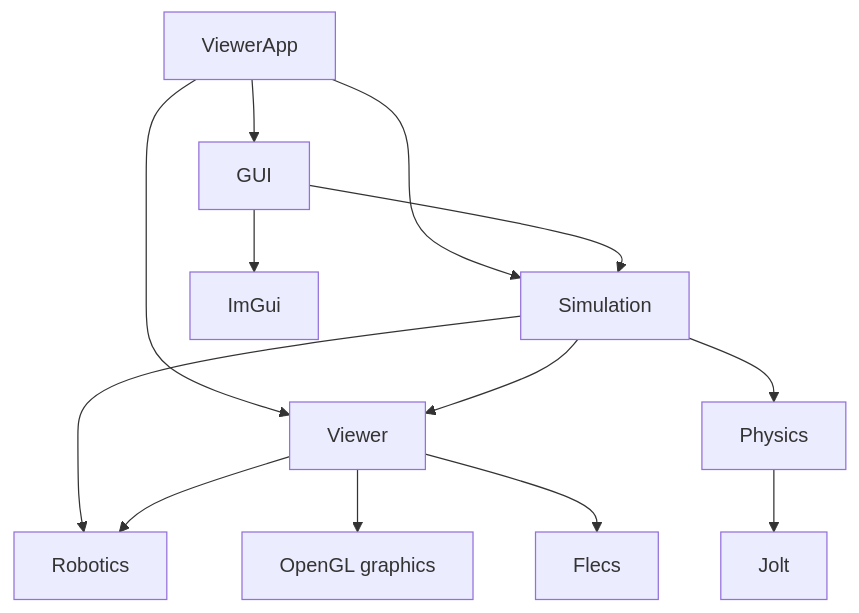
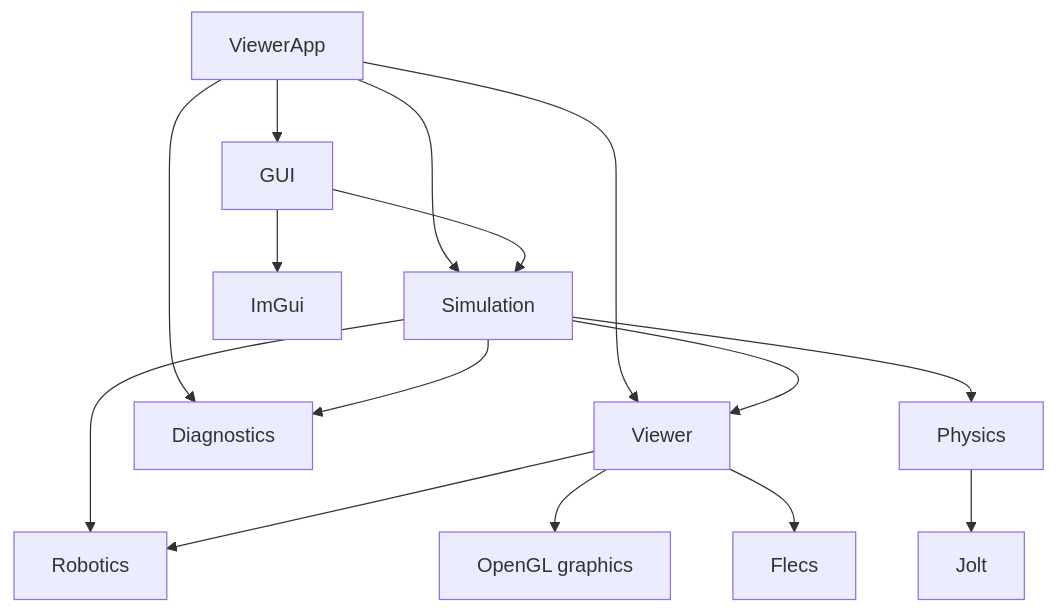
Before and after one commit to cgantro/GraspLink: the diagram in docs/ARCHITECTURE.md, drawn with Mermaid. The commit also changed other lines of this file and 10 other files, not shown here.

````diff
--- a/docs/ARCHITECTURE.md
+++ b/docs/ARCHITECTURE.md
@@ -16,15 +17,17 @@
 ```mermaid
 flowchart TD
     App[ViewerApp] --> GUI[GUI]
     App --> Simulation[Simulation]
     App --> Viewer[Viewer]
+    App --> Diagnostics[Diagnostics]
     GUI --> Simulation
     GUI --> ImGui
     Simulation --> Viewer
     Simulation --> Robotics
     Simulation --> Physics
+    Simulation --> Diagnostics
     Viewer --> Robotics
     Viewer --> Graphics[OpenGL graphics]
     Viewer --> Flecs
     Physics --> Jolt
 ```
````
